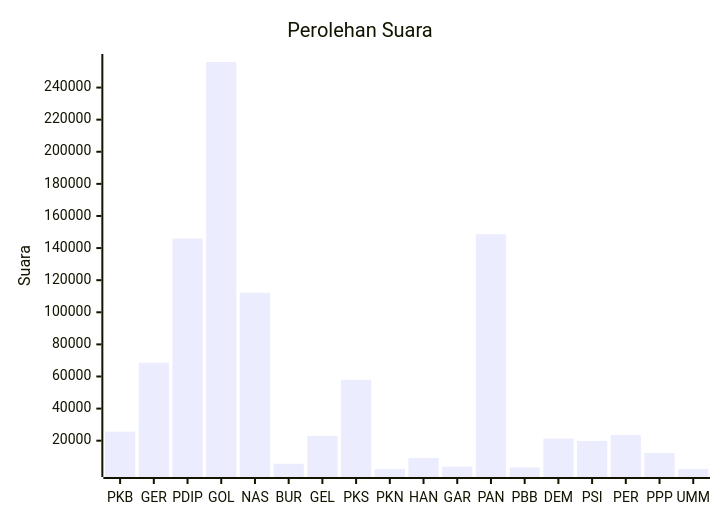
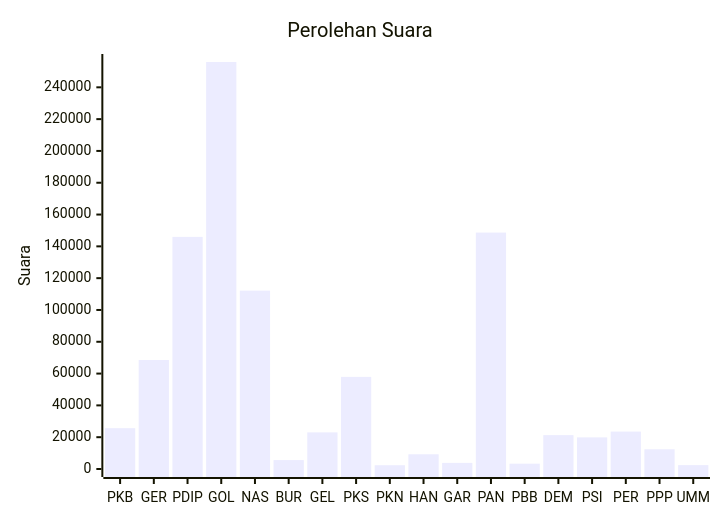
Before and after one commit to gigit-pemilu/pemilu-2024: the diagram in pileg-dpr/hitung-suara/sub/table-wilayah-17.md, drawn with Mermaid. The commit also changed 57 other files, not shown here.

````diff
--- a/pileg-dpr/hitung-suara/sub/table-wilayah-17.md
+++ b/pileg-dpr/hitung-suara/sub/table-wilayah-17.md
@@ -7,7 +7,7 @@
 ```mermaid
 xychart-beta
     title "Perolehan Suara"
     x-axis [PKB, GER, PDIP, GOL, NAS, BUR, GEL, PKS, PKN, HAN, GAR, PAN, PBB, DEM, PSI, PER, PPP, UMM]
-    y-axis "Suara"
+    y-axis "Suara" 0 --> 255921
     bar [25656, 68533, 145952, 255921, 112171, 5606, 23019, 57940, 2368, 9269, 3838, 148668, 3347, 21287, 19868, 23517, 12386, 2421]
 ```
````
